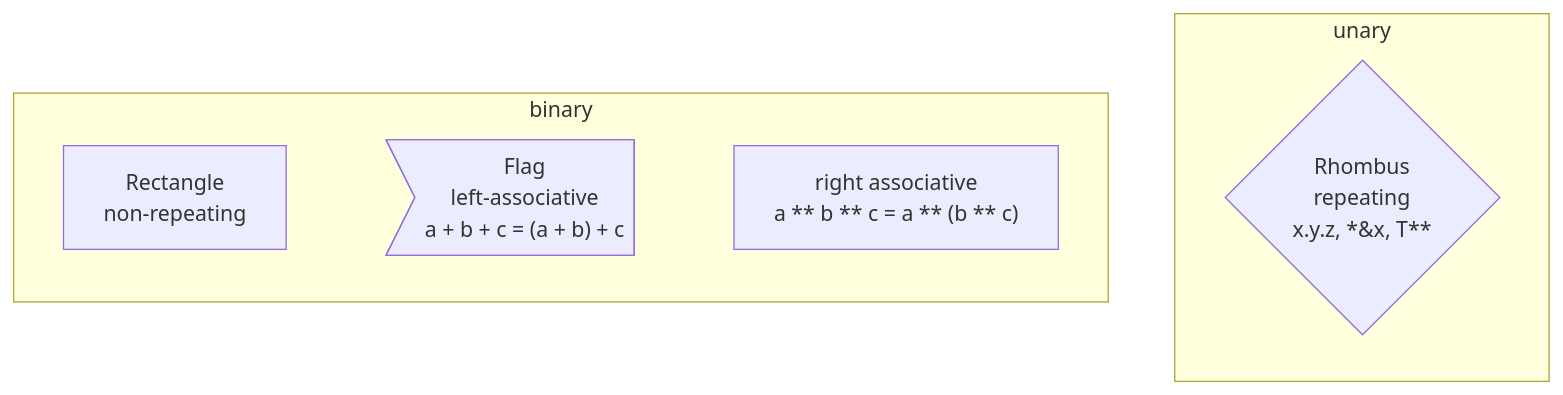
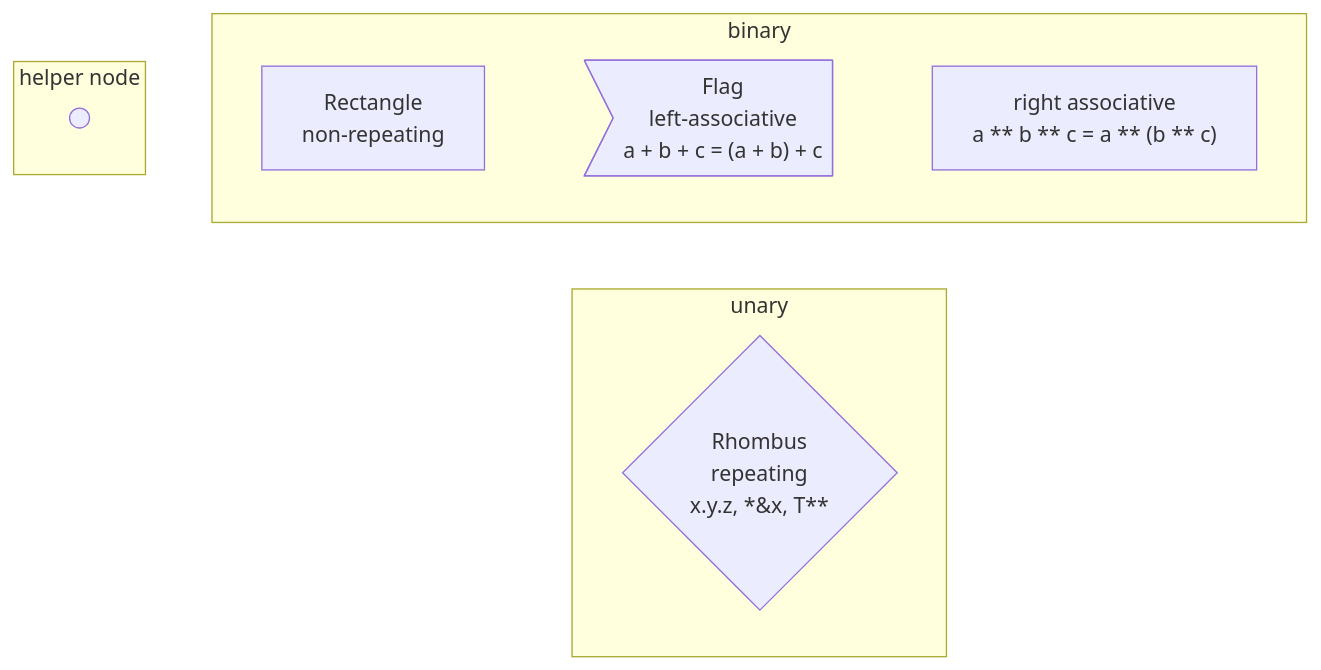
The fifth of 5 diagrams in 6 .../2 Unfinished Ideas.md (laro/Cilia), drawn with Mermaid before and after one commit.

Commit message:
Update 2 Unfinished Ideas.md

````diff
--- a/6 .../2 Unfinished Ideas.md
+++ b/6 .../2 Unfinished Ideas.md
@@ -389,27 +389,29 @@
 ```mermaid
 %%{init: {'themeVariables': {'fontFamily': 'monospace'}}}%%
-graph LR
-    direction TB
+graph TB
     subgraph binary
         direction LR
 
         rect["non-associative
         a == b == c needs parens"]
 
         flagToLeft>"Flag<br/>left-associative<br/>a + b + c = (a + b) + c"]
 
         flagToRight["right associative
         a ** b ** c = a ** (b ** c)"]
 
         rect ~~~ flagToLeft ~~~ flagToRight
     end
     subgraph unary
         direction LR
 
         rect["Rectangle<br/>non-repeating"]
 
         rhombus{"Rhombus<br/>repeating<br/>x.y.z, *&x, T**"}
 
         rect ~~~ rhombus
     end
+    subgraph helper node
+        circle((" "))
+    end
 ```
````
